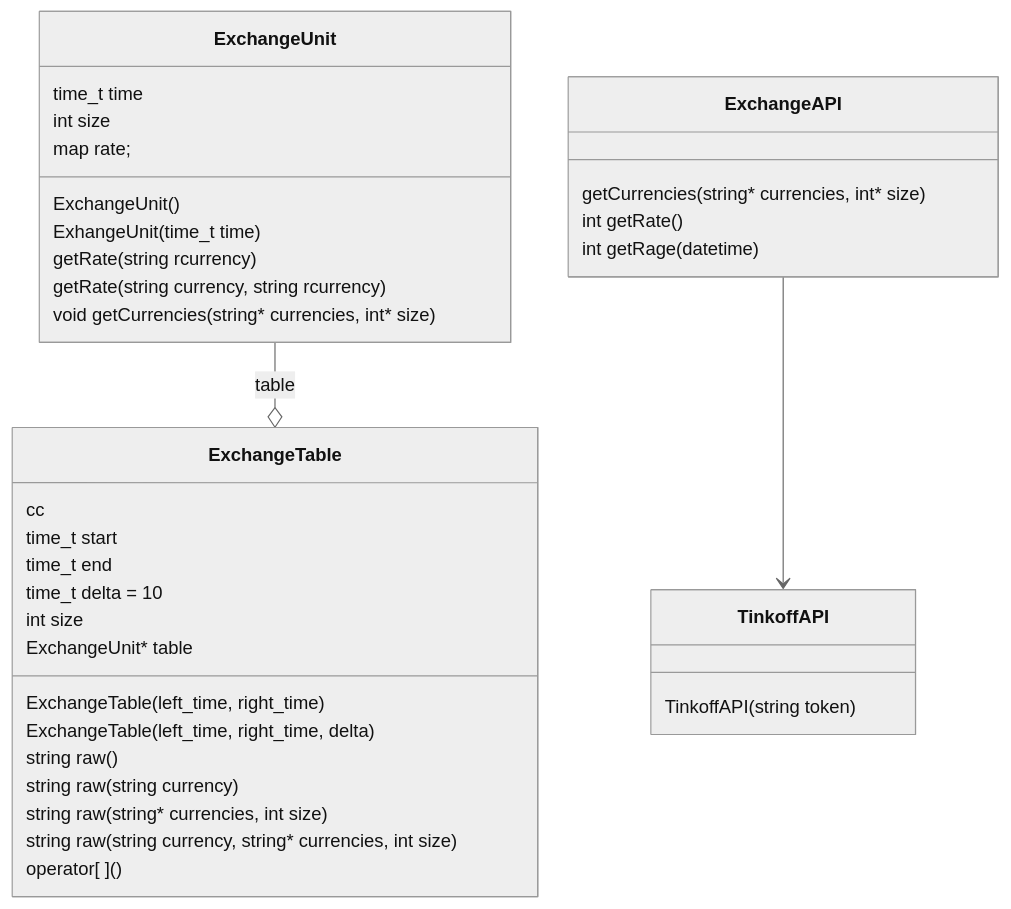
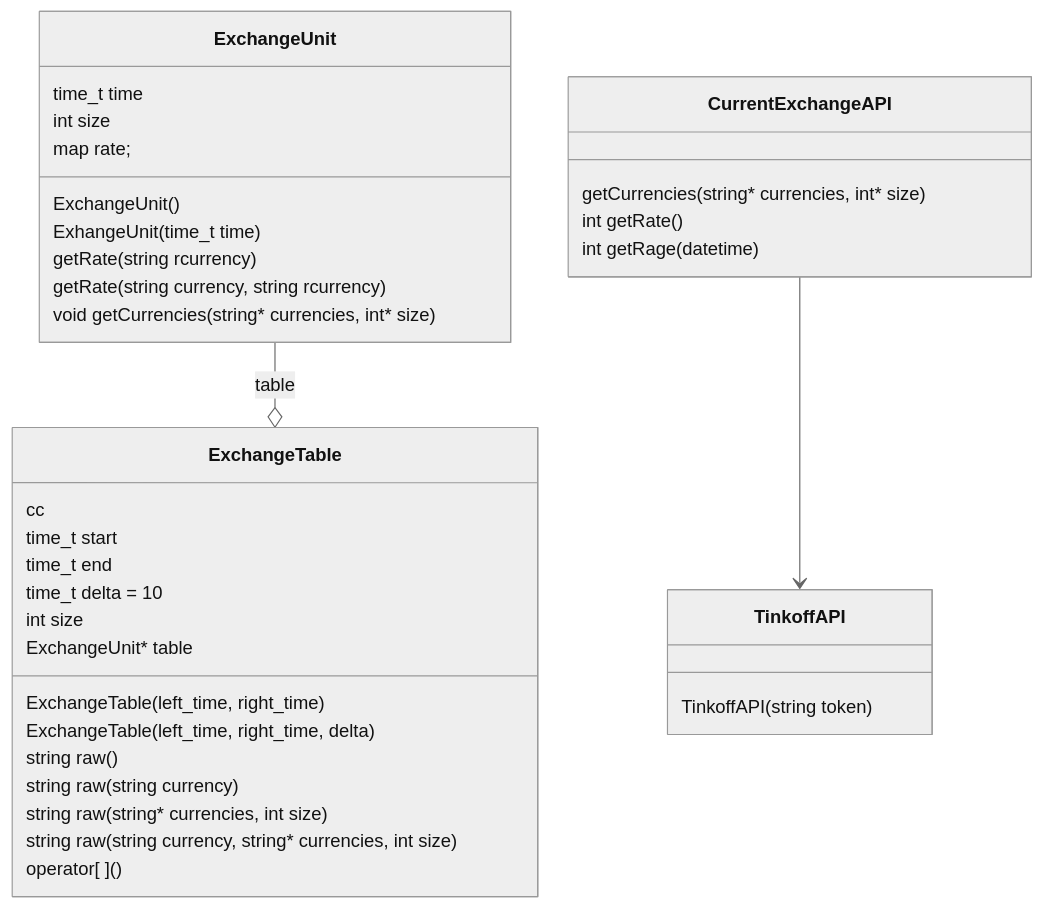
One commit to valyankilyan/Exchange-rate changed the diagram in README.md. Above: the diagram before and after it, drawn with Mermaid (neutral theme). The commit also changed 4 other files, not shown here.

Commit message:
change ExchangeAPI to CurrentExchangeAPI

````diff
--- a/README.md
+++ b/README.md
@@ -40,50 +40,50 @@
 ``` mermaid
     classDiagram
     class  ExchangeUnit {
         ExchangeUnit()
         ExhangeUnit(time_t time)
 
         getRate(string rcurrency)
         getRate(string currency, string rcurrency)
 
         void getCurrencies(string* currencies, int* size)
 
         time_t time
         int size
         map <string, int> rate;
     }
 
     class ExchangeTable {
         ExchangeTable(left_time, right_time)
         ExchangeTable(left_time, right_time, delta)
 
         string raw()
         string raw(string currency)
         string raw(string* currencies, int size)
         string raw(string currency, string* currencies, int size)
         cc
 
         operator[ ]()
 
         time_t start
         time_t end
         time_t delta = 10
         int size
         ExchangeUnit* table
     }
 
-    class ExchangeAPI {
+    class CurrentExchangeAPI {
         getCurrencies(string* currencies, int* size)
         int getRate()
         int getRage(datetime)
     }
 
     class TinkoffAPI {
         TinkoffAPI(string token)
     }
 
-    ExchangeAPI --> TinkoffAPI
+    CurrentExchangeAPI --> TinkoffAPI
     
 
     ExchangeUnit --o ExchangeTable : table
 ```
````
